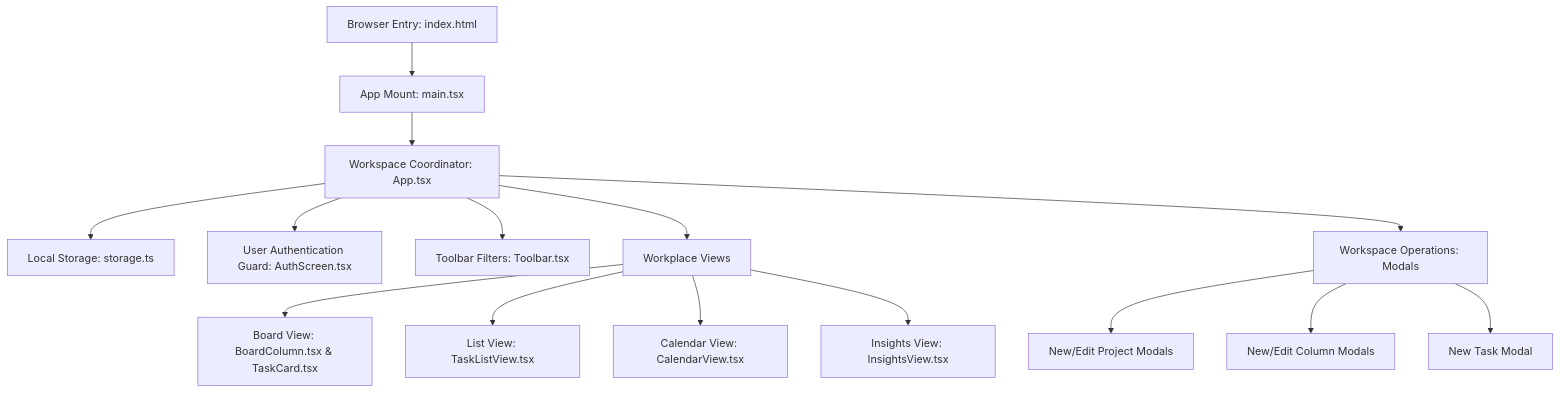
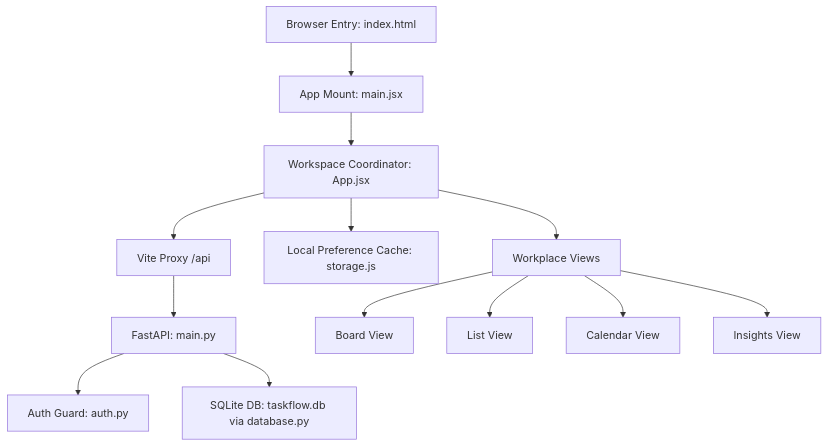
The diagram in ARCHITECTURE.md (manjeshsinghh/oneFlow), drawn with Mermaid before and after one commit. The commit also changed other lines of this file and 36 other files, not shown here.

Commit message:
Migrate TaskFlow to Python FastAPI + React JS and add CI Actions

````diff
--- a/ARCHITECTURE.md
+++ b/ARCHITECTURE.md
@@ -11,17 +11,15 @@
 ```mermaid
 graph TD
-    A[Browser Entry: index.html] --> B[App Mount: main.tsx]
-    B --> C[Workspace Coordinator: App.tsx]
-    C --> D[Local Storage: storage.ts]
-    C --> E[User Authentication Guard: AuthScreen.tsx]
-    C --> F[Toolbar Filters: Toolbar.tsx]
-    C --> G[Workplace Views]
-    G --> H[Board View: BoardColumn.tsx & TaskCard.tsx]
-    G --> I[List View: TaskListView.tsx]
-    G --> J[Calendar View: CalendarView.tsx]
-    G --> K[Insights View: InsightsView.tsx]
-    C --> L[Workspace Operations: Modals]
-    L --> M[New/Edit Project Modals]
-    L --> N[New/Edit Column Modals]
-    L --> O[New Task Modal]
+    A[Browser Entry: index.html] --> B[App Mount: main.jsx]
+    B --> C[Workspace Coordinator: App.jsx]
+    C --> D[Vite Proxy /api]
+    D --> E[FastAPI: main.py]
+    E --> F[Auth Guard: auth.py]
+    E --> G[SQLite DB: taskflow.db via database.py]
+    C --> H[Local Preference Cache: storage.js]
+    C --> I[Workplace Views]
+    I --> J[Board View]
+    I --> K[List View]
+    I --> L[Calendar View]
+    I --> M[Insights View]
 ```
````
